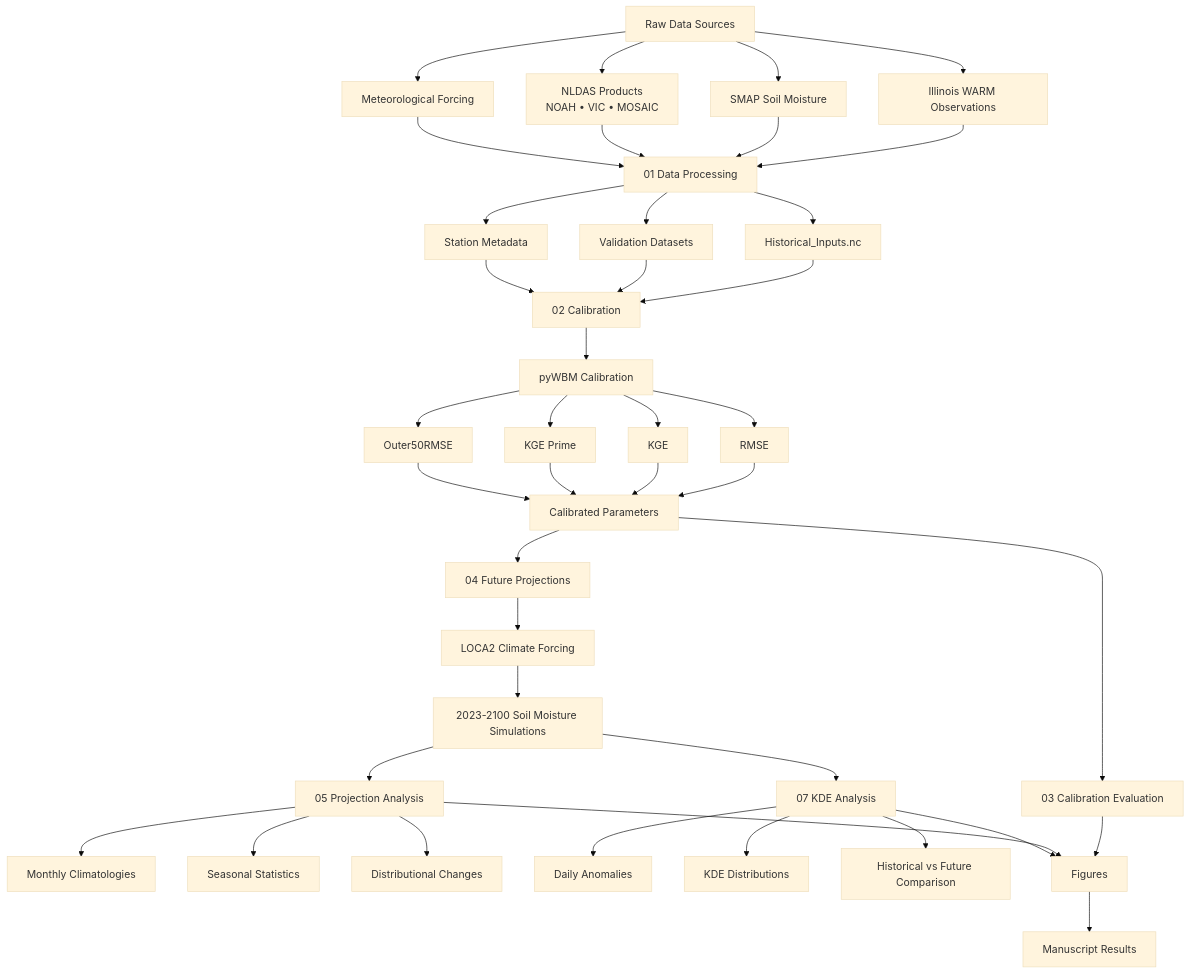
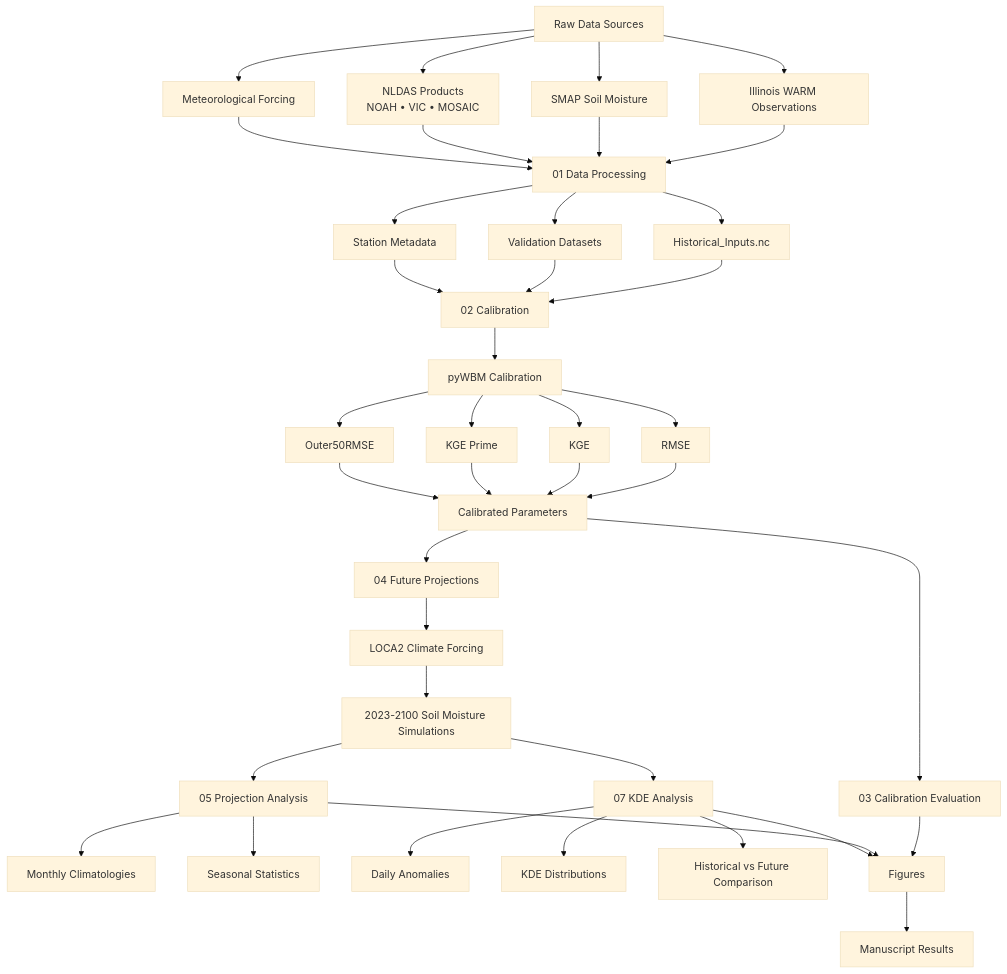
Before and after one commit to tahsinaalam97/Alam_et_al_2026: the diagram in README.md, drawn with Mermaid (base theme).

````diff
--- a/README.md
+++ b/README.md
@@ -11,66 +11,65 @@
 ```mermaid
 flowchart TD
 
     A[Raw Data Sources]
 
     A1[Illinois WARM Observations]
     A2[SMAP Soil Moisture]
     A3[NLDAS Products<br/>NOAH • VIC • MOSAIC]
     A4[Meteorological Forcing]
 
     A --> A1
     A --> A2
     A --> A3
     A --> A4
 
     A1 --> B[01 Data Processing]
     A2 --> B
     A3 --> B
     A4 --> B
 
     B --> C[Historical_Inputs.nc]
     B --> D[Validation Datasets]
     B --> E[Station Metadata]
 
     C --> F[02 Calibration]
     D --> F
     E --> F
 
     F --> G[pyWBM Calibration]
 
     G --> G1[RMSE]
     G --> G2[KGE]
     G --> G3[KGE Prime]
     G --> G4[Outer50RMSE]
 
     G1 --> H[Calibrated Parameters]
     G2 --> H
     G3 --> H
     G4 --> H
 
     H --> I[03 Calibration Evaluation]
 
     H --> J[04 Future Projections]
 
     J --> K[LOCA2 Climate Forcing]
 
     K --> L[2023-2100 Soil Moisture Simulations]
 
     L --> M[05 Projection Analysis]
 
     M --> M1[Monthly Climatologies]
     M --> M2[Seasonal Statistics]
-    M --> M3[Distributional Changes]
 
     L --> N[07 KDE Analysis]
 
     N --> N1[Daily Anomalies]
     N --> N2[KDE Distributions]
     N --> N3[Historical vs Future Comparison]
 
     I --> O[Figures]
     M --> O
     N --> O
 
     O --> P[Manuscript Results]
 ```
````
